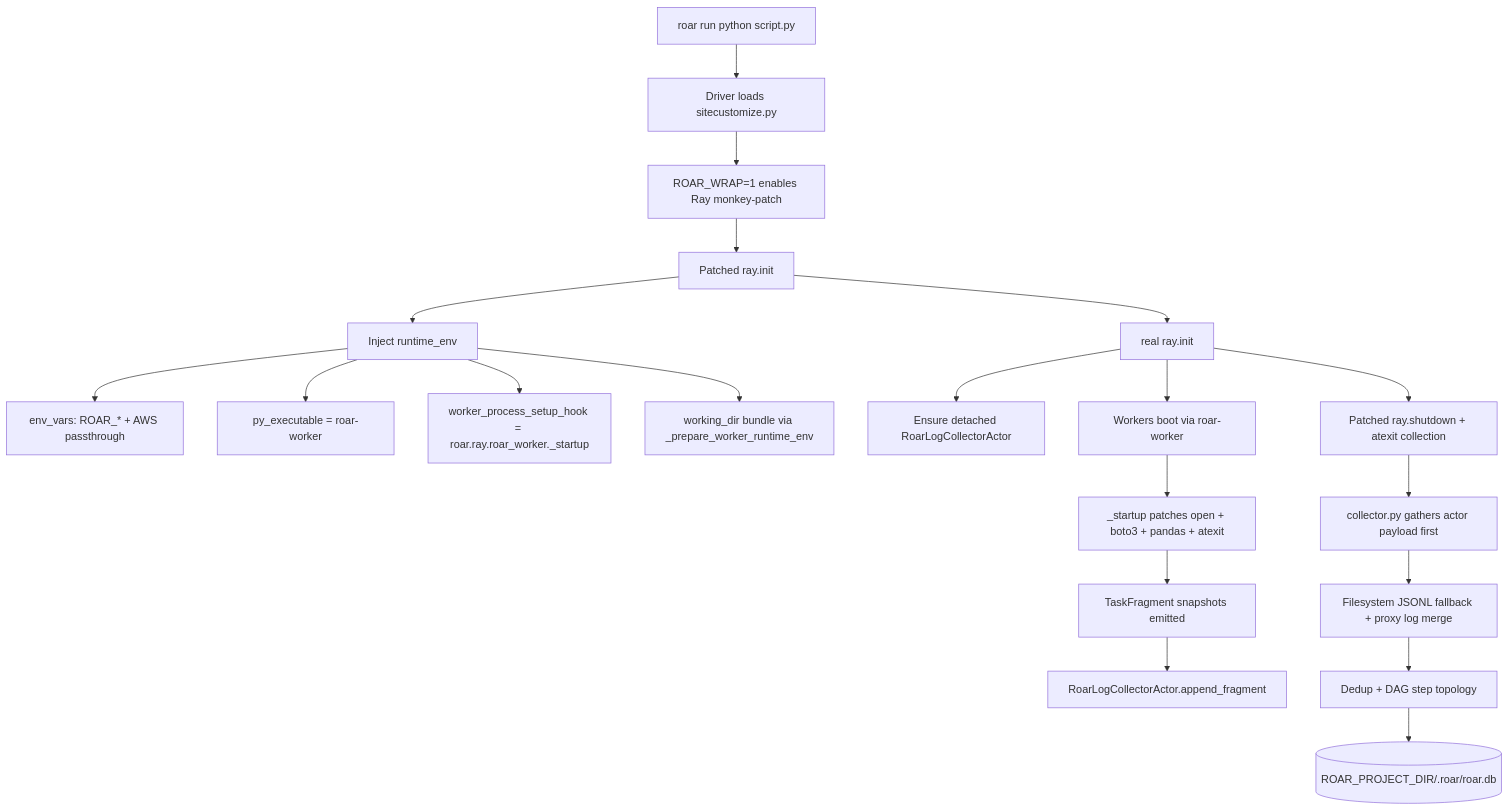
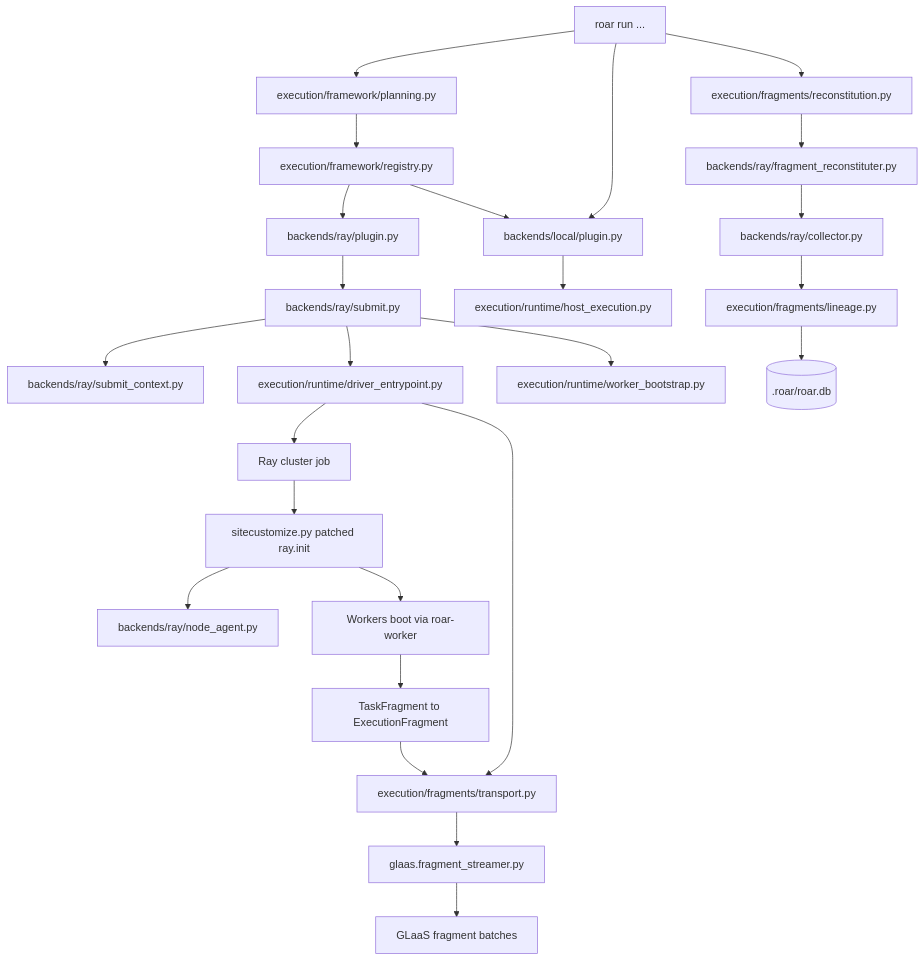
One commit to treqs/roar changed the first of 2 diagrams in docs/developer/ray-integration.md. Above: the diagram before and after it, drawn with Mermaid. The commit also changed other lines of this file and 627 other files, not shown here.

First line of the commit message:
Merge pull request #35 from treqs/tb/ray-integration-refactor

````diff
--- a/docs/developer/ray-integration.md
+++ b/docs/developer/ray-integration.md
@@ -11,22 +30,27 @@
 ```mermaid
 flowchart TD
-    A[roar run python script.py] --> B[Driver loads sitecustomize.py]
-    B --> C[ROAR_WRAP=1 enables Ray monkey-patch]
-    C --> D[Patched ray.init]
-    D --> E[Inject runtime_env]
-    E --> E1[env_vars: ROAR_* + AWS passthrough]
-    E --> E2[py_executable = roar-worker]
-    E --> E3[worker_process_setup_hook = roar.ray.roar_worker._startup]
-    E --> E4[working_dir bundle via _prepare_worker_runtime_env]
-    D --> F[real ray.init]
-    F --> G[Ensure detached RoarLogCollectorActor]
-    F --> H[Workers boot via roar-worker]
-    H --> I[_startup patches open + boto3 + pandas + atexit]
-    I --> J[TaskFragment snapshots emitted]
-    J --> K[RoarLogCollectorActor.append_fragment]
-    F --> L[Patched ray.shutdown + atexit collection]
-    L --> M[collector.py gathers actor payload first]
-    M --> N[Filesystem JSONL fallback + proxy log merge]
-    N --> O[Dedup + DAG step topology]
-    O --> P[(ROAR_PROJECT_DIR/.roar/roar.db)]
+    A[roar run ...] --> B[execution/framework/planning.py]
+    B --> C[execution/framework/registry.py]
+    C --> D0[backends/local/plugin.py]
+    C --> D[backends/ray/plugin.py]
+    D --> E[backends/ray/submit.py]
+    E --> F[backends/ray/submit_context.py]
+    E --> G[execution/runtime/driver_entrypoint.py]
+    E --> H[execution/runtime/worker_bootstrap.py]
+    A --> D0
+    D0 --> H0[execution/runtime/host_execution.py]
+    G --> I[Ray cluster job]
+    I --> J[sitecustomize.py patched ray.init]
+    J --> K[backends/ray/node_agent.py]
+    J --> L[Workers boot via roar-worker]
+    L --> M[TaskFragment to ExecutionFragment]
+    M --> N[execution/fragments/transport.py]
+    N --> O[glaas.fragment_streamer.py]
+    O --> P[GLaaS fragment batches]
+    A --> Q[execution/fragments/reconstitution.py]
+    Q --> R[backends/ray/fragment_reconstituter.py]
+    R --> S[backends/ray/collector.py]
+    S --> T[execution/fragments/lineage.py]
+    T --> U[(.roar/roar.db)]
+    G --> N
 ```
````
